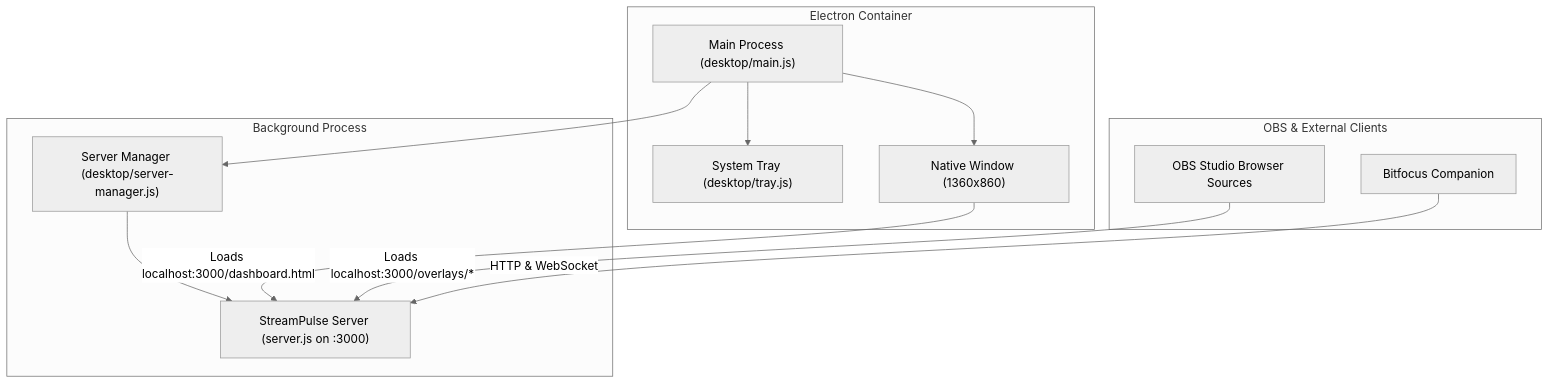
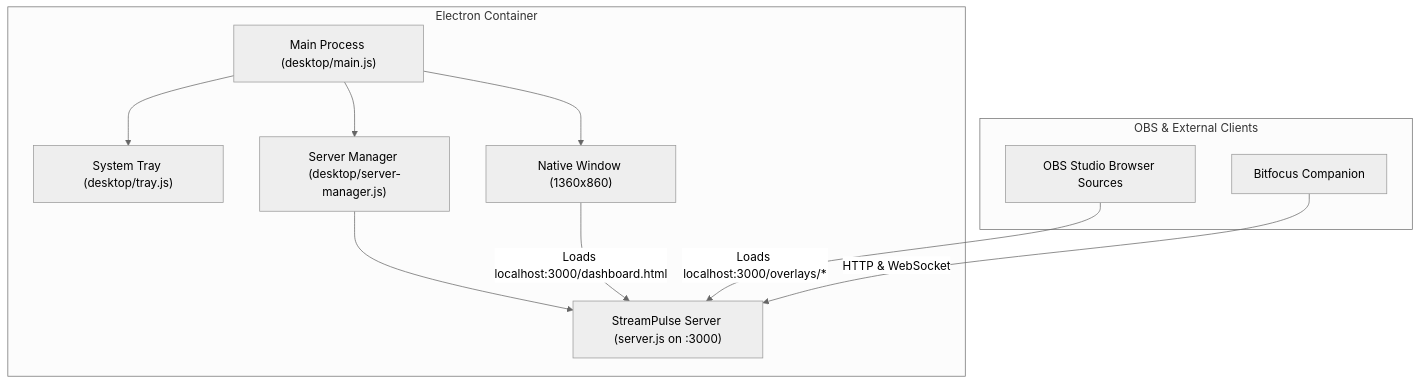
One commit to jarbochov/StreamPulse changed the first of 2 diagrams in docs/desktop-app.md. Above: the diagram before and after it, drawn with Mermaid (neutral theme). The commit also changed other lines of this file and 22 other files, not shown here.

````diff
--- a/docs/desktop-app.md
+++ b/docs/desktop-app.md
@@ -13,27 +13,24 @@
 ```mermaid
 flowchart TD
     subgraph ElectronContainer["Electron Container"]
         Main["Main Process (desktop/main.js)"]
         Tray["System Tray (desktop/tray.js)"]
         Window["Native Window (1360x860)"]
-    end
-
-    subgraph BackgroundProcess["Background Process"]
         ServerManager["Server Manager (desktop/server-manager.js)"]
         Backend["StreamPulse Server (server.js on :3000)"]
     end
 
     subgraph ExternalClients["OBS & External Clients"]
         OBS["OBS Studio Browser Sources"]
         Companion["Bitfocus Companion"]
     end
 
     Main --> ServerManager
     ServerManager --> Backend
     Main --> Window
     Main --> Tray
     
     Window -->|"Loads localhost:3000/dashboard.html"| Backend
     OBS -->|"Loads localhost:3000/overlays/*"| Backend
     Companion -->|"HTTP & WebSocket"| Backend
 ```
````
